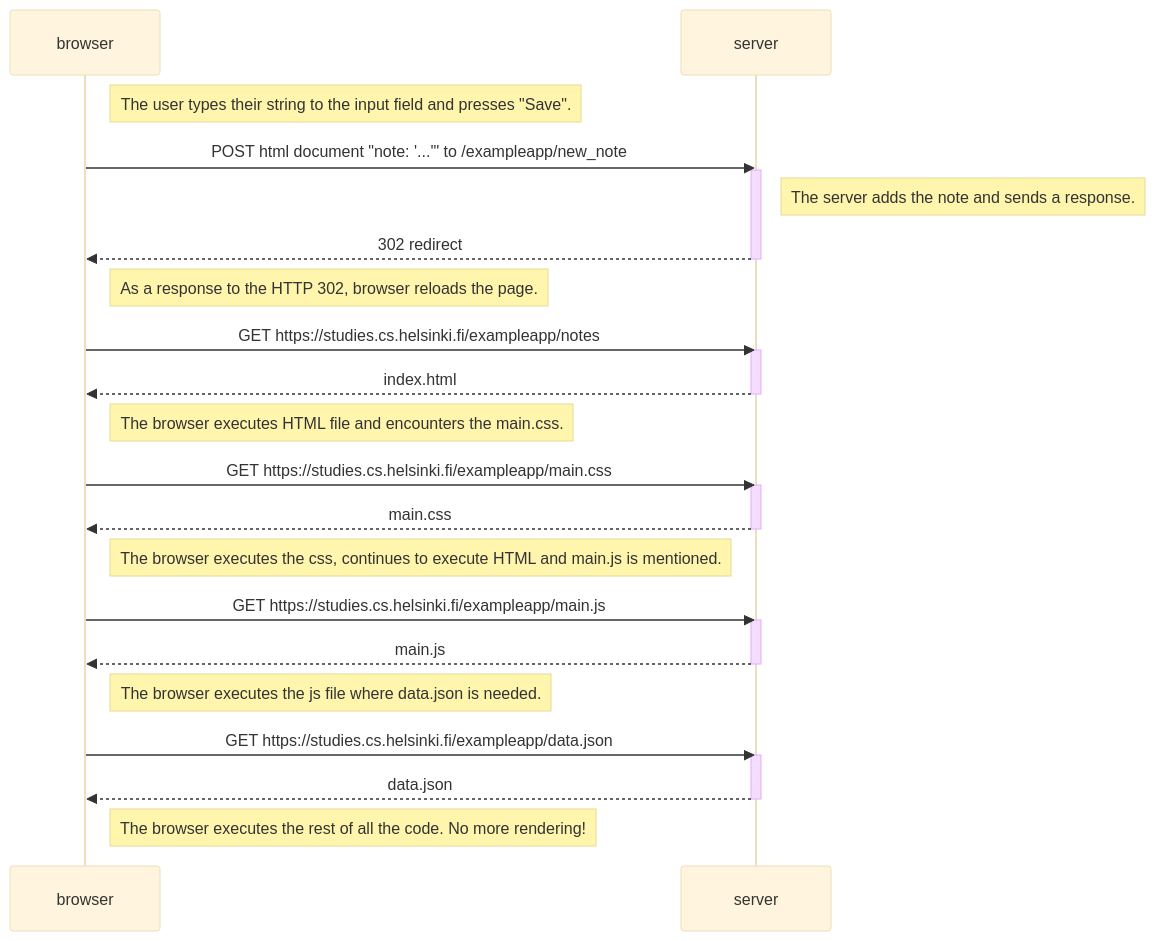
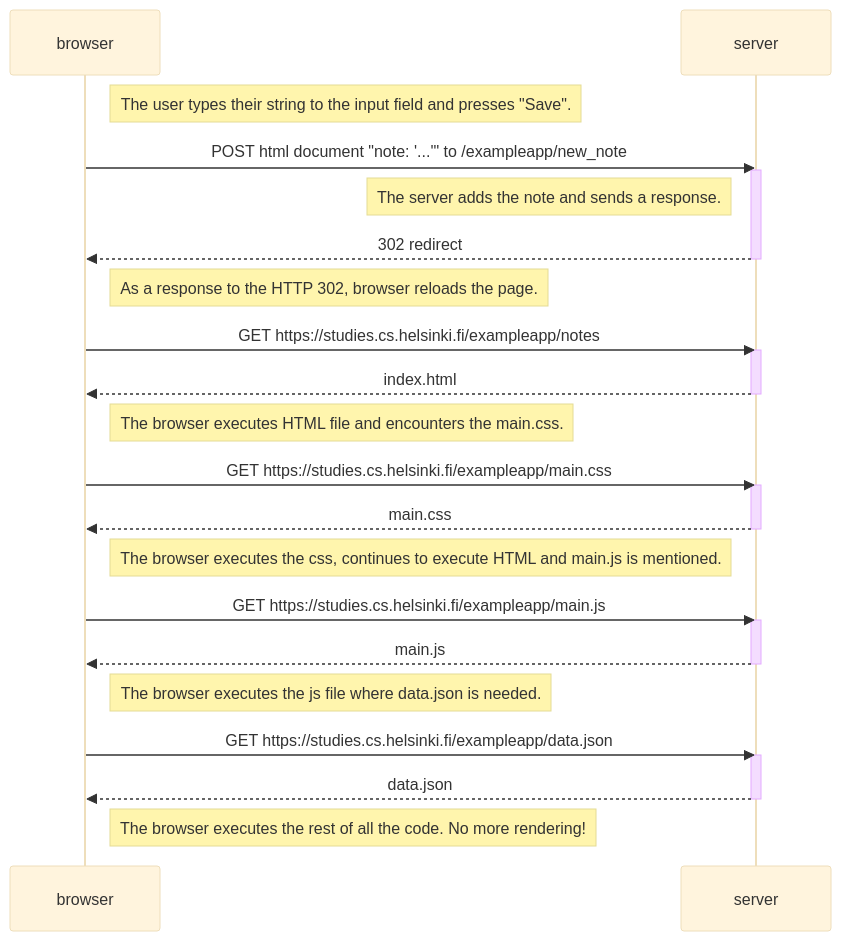
The diagram in osa0/tehtava4.md (Peliel/fullstack), drawn with Mermaid (base theme) before and after one commit.

Commit message:
tehtava4.md

````diff
--- a/osa0/tehtava4.md
+++ b/osa0/tehtava4.md
@@ -1,45 +1,45 @@
 ```mermaid
 sequenceDiagram
     participant browser
     participant server
 
     Note right of browser: The user types their string to the input field and presses "Save".
     
     browser->>server: POST html document "note: '...'" to /exampleapp/new_note
     activate server
 
-    Note right of server: The server adds the note and sends a response.
+    Note left of server: The server adds the note and sends a response.
 
     server-->>browser: 302 redirect
     deactivate server
 
     Note right of browser: As a response to the HTTP 302, browser reloads the page.
 
     browser->>server: GET https://studies.cs.helsinki.fi/exampleapp/notes
     activate server
     server-->>browser: index.html
     deactivate server
 
     Note right of browser: The browser executes HTML file and encounters the main.css.
 
     browser->>server: GET https://studies.cs.helsinki.fi/exampleapp/main.css
     activate server
     server-->>browser: main.css
     deactivate server
 
     Note right of browser: The browser executes the css, continues to execute HTML and main.js is mentioned.
 
     browser->>server: GET https://studies.cs.helsinki.fi/exampleapp/main.js
     activate server
     server-->>browser: main.js
     deactivate server
 
     Note right of browser: The browser executes the js file where data.json is needed.
 
     browser->>server: GET https://studies.cs.helsinki.fi/exampleapp/data.json
     activate server
     server-->>browser: data.json
     deactivate server
 
     Note right of browser: The browser executes the rest of all the code. No more rendering!
 ```
````
